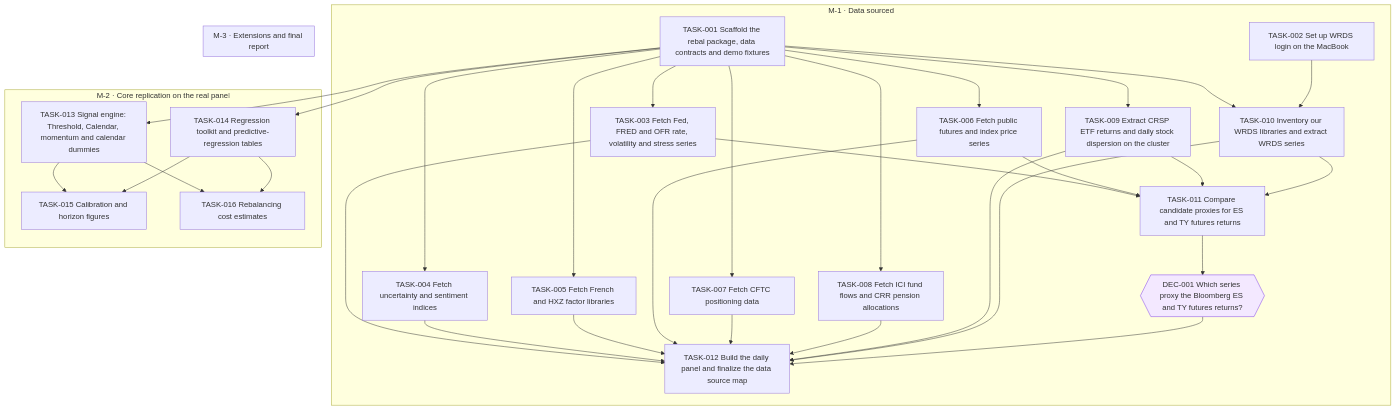
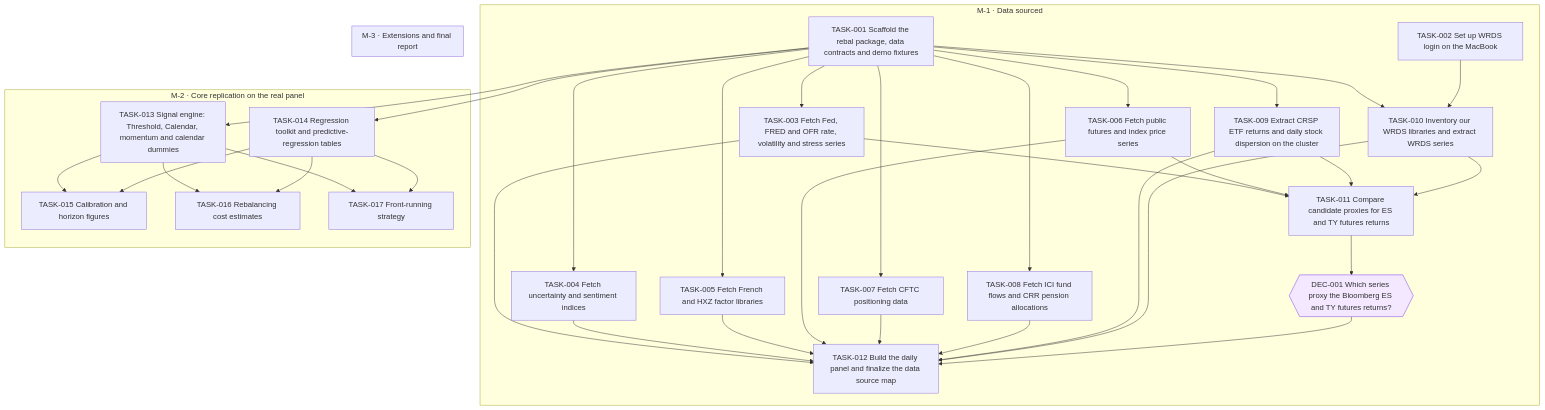
The diagram in goals/hmm-rebalancing/README.md (jesusvillota/replicate), drawn with Mermaid before and after one commit. The commit also changed 1 other file, not shown here.

Commit message:
goal(hmm-rebalancing): add TASK-017 Front-running strategy

````diff
--- a/goals/hmm-rebalancing/README.md
+++ b/goals/hmm-rebalancing/README.md
@@ -126,59 +126,62 @@
 ```mermaid
 flowchart TD
   subgraph M_1["M-1 · Data sourced"]
     DEC_001{{"DEC-001 Which series proxy the Bloomberg ES and TY futures returns?"}}
     TASK_001["TASK-001 Scaffold the rebal package, data contracts and demo fixtures"]
     TASK_002["TASK-002 Set up WRDS login on the MacBook"]
     TASK_003["TASK-003 Fetch Fed, FRED and OFR rate, volatility and stress series"]
     TASK_004["TASK-004 Fetch uncertainty and sentiment indices"]
     TASK_005["TASK-005 Fetch French and HXZ factor libraries"]
     TASK_006["TASK-006 Fetch public futures and index price series"]
     TASK_007["TASK-007 Fetch CFTC positioning data"]
     TASK_008["TASK-008 Fetch ICI fund flows and CRR pension allocations"]
     TASK_009["TASK-009 Extract CRSP ETF returns and daily stock dispersion on the cluster"]
     TASK_010["TASK-010 Inventory our WRDS libraries and extract WRDS series"]
     TASK_011["TASK-011 Compare candidate proxies for ES and TY futures returns"]
     TASK_012["TASK-012 Build the daily panel and finalize the data source map"]
   end
   subgraph M_2["M-2 · Core replication on the real panel"]
     TASK_013["TASK-013 Signal engine: Threshold, Calendar, momentum and calendar dummies"]
     TASK_014["TASK-014 Regression toolkit and predictive-regression tables"]
     TASK_015["TASK-015 Calibration and horizon figures"]
     TASK_016["TASK-016 Rebalancing cost estimates"]
+    TASK_017["TASK-017 Front-running strategy"]
   end
   subgraph M_3["M-3 · Extensions and final report"]
   end
   TASK_011 --> DEC_001
   TASK_001 --> TASK_003
   TASK_001 --> TASK_004
   TASK_001 --> TASK_005
   TASK_001 --> TASK_006
   TASK_001 --> TASK_007
   TASK_001 --> TASK_008
   TASK_001 --> TASK_009
   TASK_001 --> TASK_010
   TASK_002 --> TASK_010
   TASK_003 --> TASK_011
   TASK_006 --> TASK_011
   TASK_009 --> TASK_011
   TASK_010 --> TASK_011
   TASK_003 --> TASK_012
   TASK_004 --> TASK_012
   TASK_005 --> TASK_012
   TASK_006 --> TASK_012
   TASK_007 --> TASK_012
   TASK_008 --> TASK_012
   TASK_009 --> TASK_012
   TASK_010 --> TASK_012
   DEC_001 --> TASK_012
   TASK_001 --> TASK_013
   TASK_001 --> TASK_014
   TASK_013 --> TASK_015
   TASK_014 --> TASK_015
   TASK_013 --> TASK_016
   TASK_014 --> TASK_016
+  TASK_013 --> TASK_017
+  TASK_014 --> TASK_017
   classDef draft stroke-dasharray: 4 3
   classDef cancelled opacity:0.45
   classDef decision fill:#f3e8ff,stroke:#7c3aed
   class DEC_001 decision
 ```
````
